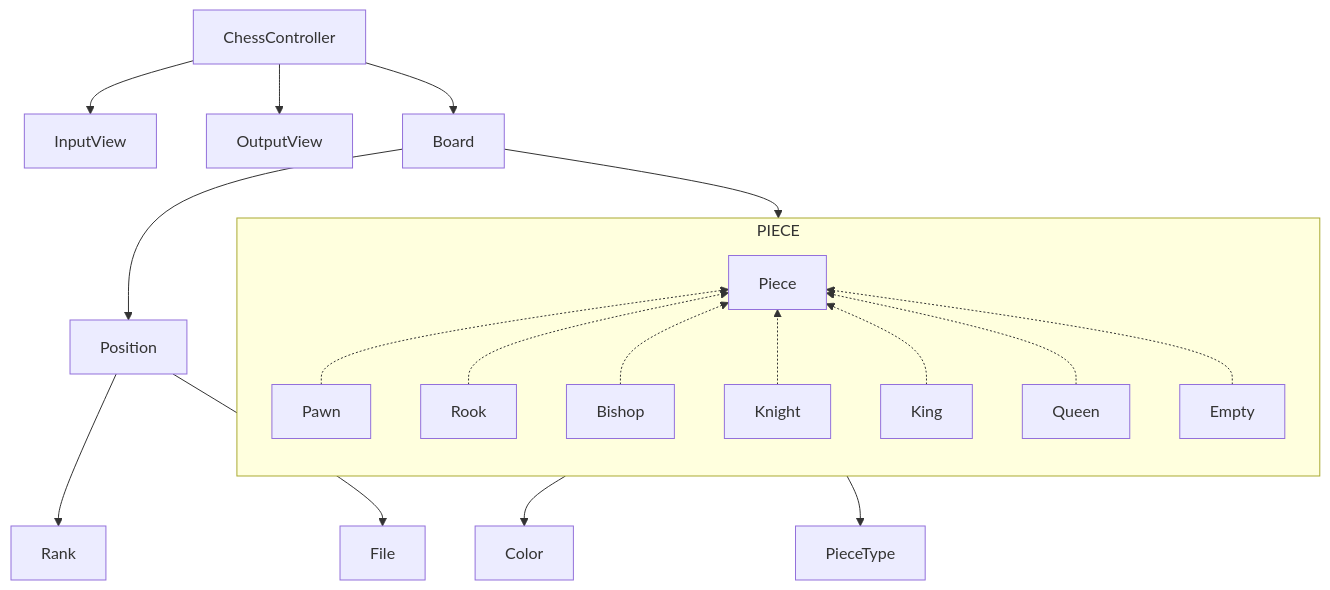
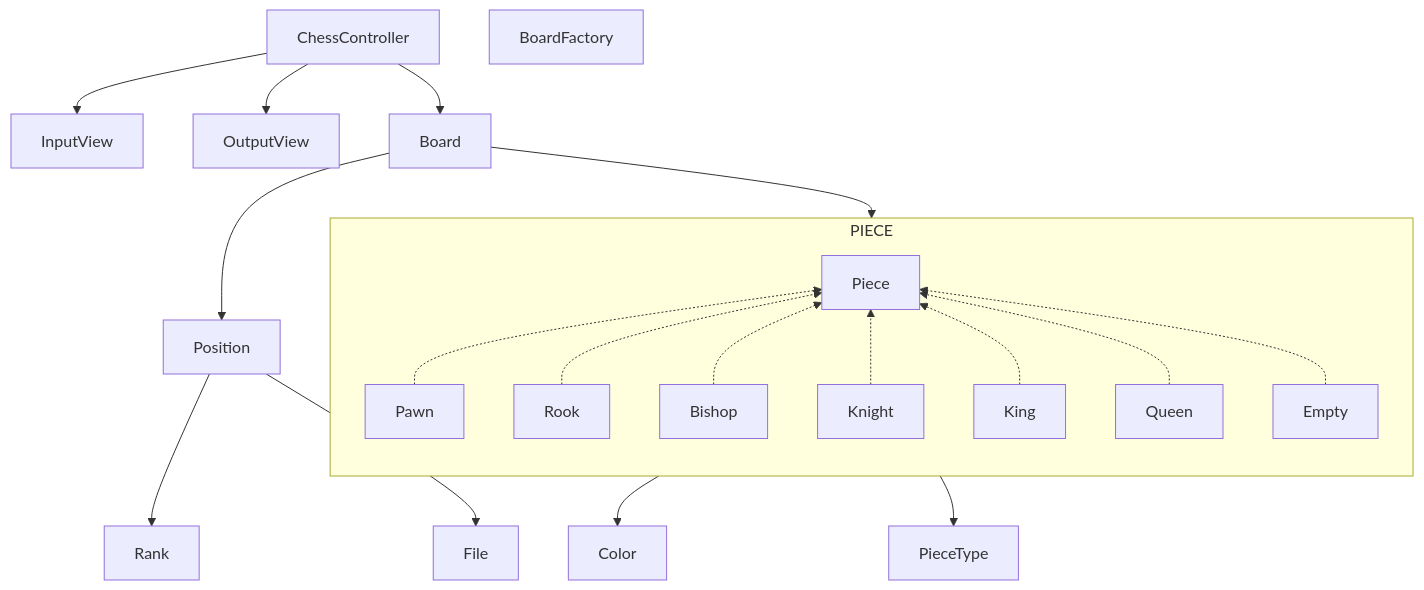
One commit to woowacourse/java-chess changed the diagram in README.md. Above: the diagram before and after it, drawn with Mermaid. The commit also changed other lines of this file and 30 other files, not shown here.

````diff
--- a/README.md
+++ b/README.md
@@ -44,26 +44,28 @@
 ```mermaid
 graph TD
     ChessController --> InputView
     ChessController --> OutputView
 
     ChessController --> Board
+    
+    BoardFactory
 
     Position --> Rank
     Position --> File
 
     Board --> Position
     Board --> PIECE
     PIECE --> Color
     PIECE --> PieceType
 
     subgraph PIECE
         direction BT
         Pawn -.-> Piece
         Rook -.-> Piece
         Bishop -.-> Piece
         Knight -.-> Piece
         King -.-> Piece
         Queen -.-> Piece
         Empty -.-> Piece
     end
 ```
````
